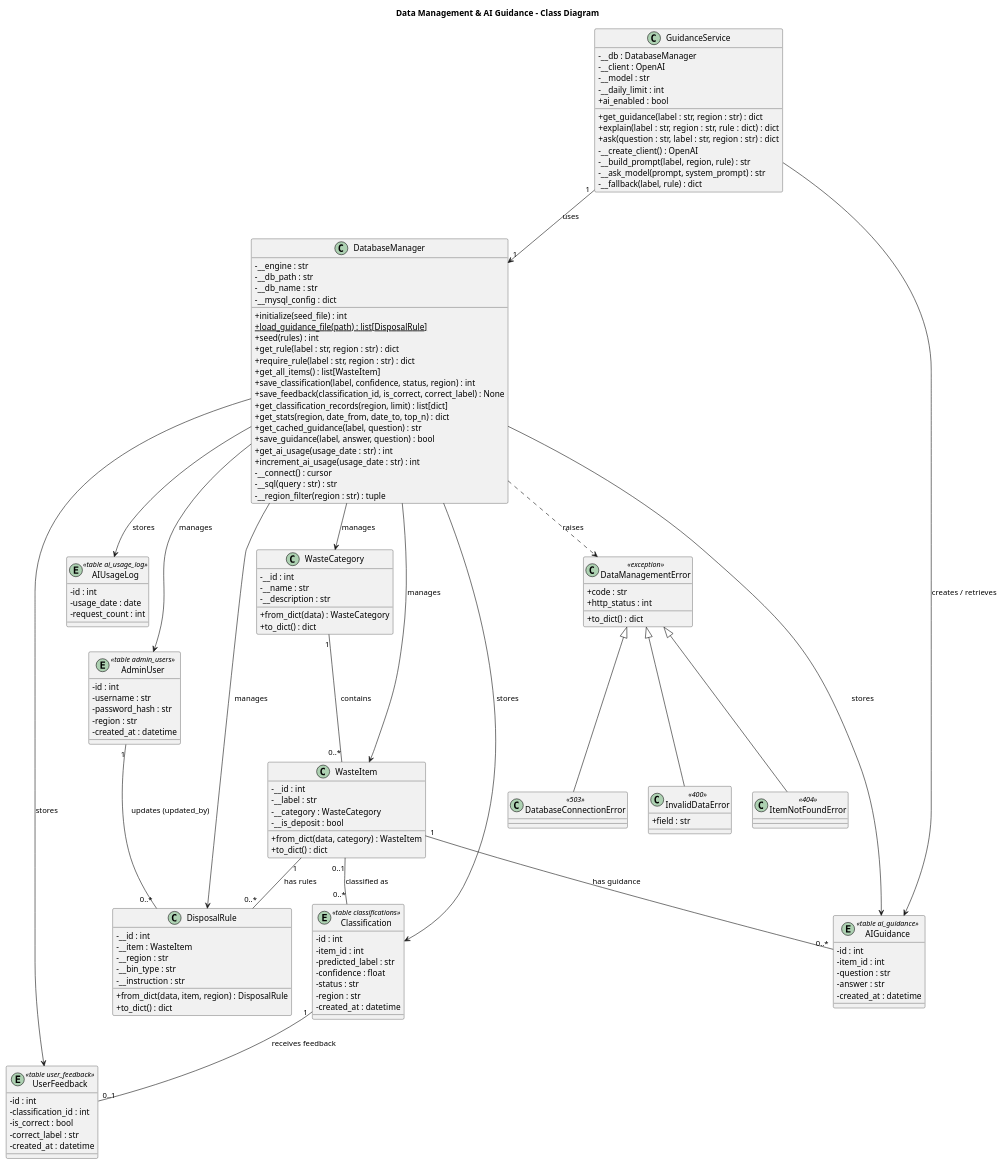
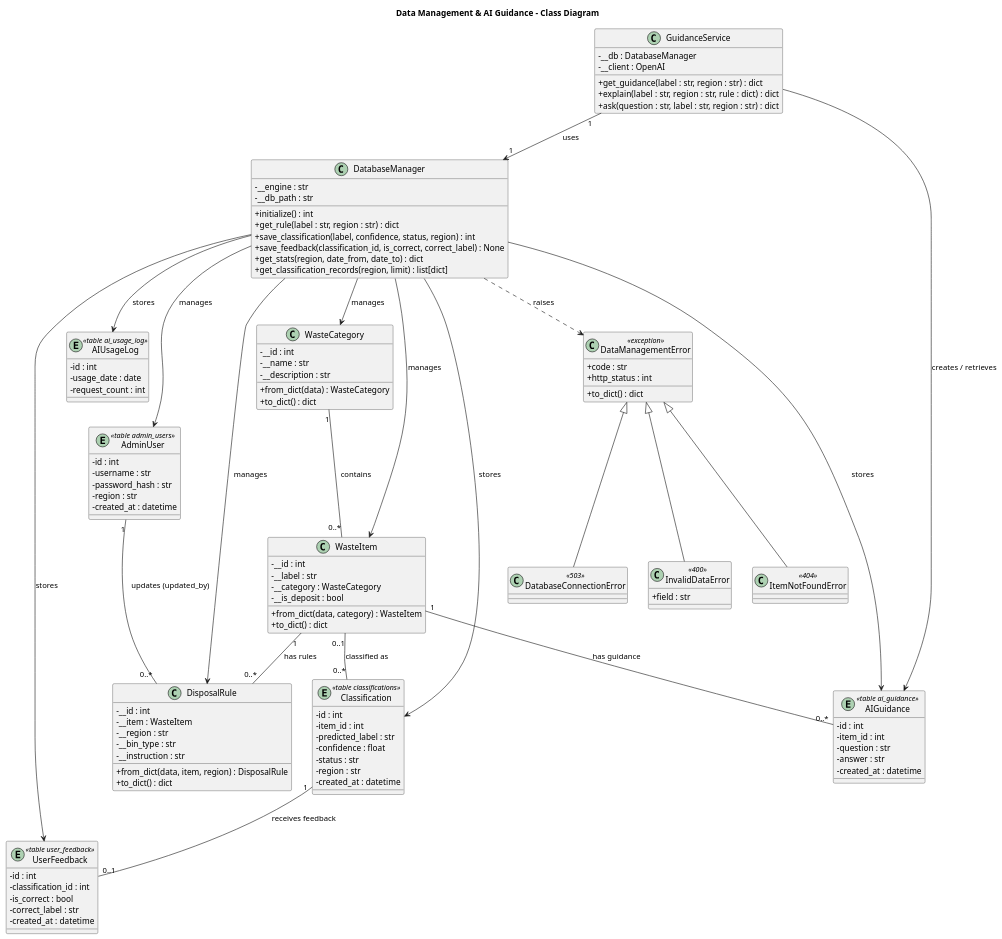
The diagram in docs/class_diagram_data.puml (ChinniSaiteja/AI-Powered_Waste_Sorting_and_Recycling_Assistant_Team_26), drawn with PlantUML before and after one commit. The commit also changed 1 other file, not shown here.

Commit message:
Simplify class diagram to the methods other subsystems actually call

```diff
--- a/docs/class_diagram_data.puml
+++ b/docs/class_diagram_data.puml
@@ -1,149 +1,132 @@
 @startuml
 ' Subsystem 4 - Data Management & AI Guidance (Ha Le Thu)
 ' Matches the code in database/ (db.py, guidance.py, models.py, exceptions.py).
 ' (C) = Python class, (E) = database table that has no Python class.
 ' "-" = private (__name in Python), "+" = public
+' Simplified on purpose: only the methods other subsystems actually call.
+' The full method list (seed, require_rule, get_all_items, AI cache,
+' private helpers, ...) is in database/db.py and database/guidance.py.
 title Data Management & AI Guidance - Class Diagram
 
 skinparam classAttributeIconSize 0
 
 class DatabaseManager {
   -__engine : str
   -__db_path : str
-  -__db_name : str
-  -__mysql_config : dict
-  +initialize(seed_file) : int
-  +load_guidance_file(path) : list[DisposalRule] {static}
-  +seed(rules) : int
+  +initialize() : int
   +get_rule(label : str, region : str) : dict
-  +require_rule(label : str, region : str) : dict
-  +get_all_items() : list[WasteItem]
   +save_classification(label, confidence, status, region) : int
   +save_feedback(classification_id, is_correct, correct_label) : None
+  +get_stats(region, date_from, date_to) : dict
   +get_classification_records(region, limit) : list[dict]
-  +get_stats(region, date_from, date_to, top_n) : dict
-  +get_cached_guidance(label, question) : str
-  +save_guidance(label, answer, question) : bool
-  +get_ai_usage(usage_date : str) : int
-  +increment_ai_usage(usage_date : str) : int
-  -__connect() : cursor
-  -__sql(query : str) : str
-  -__region_filter(region : str) : tuple
 }
 
 class GuidanceService {
   -__db : DatabaseManager
   -__client : OpenAI
-  -__model : str
-  -__daily_limit : int
-  +ai_enabled : bool
   +get_guidance(label : str, region : str) : dict
   +explain(label : str, region : str, rule : dict) : dict
   +ask(question : str, label : str, region : str) : dict
-  -__create_client() : OpenAI
-  -__build_prompt(label, region, rule) : str
-  -__ask_model(prompt, system_prompt) : str
-  -__fallback(label, rule) : dict
 }
 
 class WasteCategory {
   -__id : int
   -__name : str
   -__description : str
   +from_dict(data) : WasteCategory
   +to_dict() : dict
 }
 
 class WasteItem {
   -__id : int
   -__label : str
   -__category : WasteCategory
   -__is_deposit : bool
   +from_dict(data, category) : WasteItem
   +to_dict() : dict
 }
 
 class DisposalRule {
   -__id : int
   -__item : WasteItem
   -__region : str
   -__bin_type : str
   -__instruction : str
   +from_dict(data, item, region) : DisposalRule
   +to_dict() : dict
 }
 
 entity "AIUsageLog" as AIUsageLog <<table ai_usage_log>> {
   -id : int
   -usage_date : date
   -request_count : int
 }
 
 entity "AdminUser" as AdminUser <<table admin_users>> {
   -id : int
   -username : str
   -password_hash : str
   -region : str
   -created_at : datetime
 }
 
 entity "Classification" as Classification <<table classifications>> {
   -id : int
   -item_id : int
   -predicted_label : str
   -confidence : float
   -status : str
   -region : str
   -created_at : datetime
 }
 
 entity "UserFeedback" as UserFeedback <<table user_feedback>> {
   -id : int
   -classification_id : int
   -is_correct : bool
   -correct_label : str
   -created_at : datetime
 }
 
 entity "AIGuidance" as AIGuidance <<table ai_guidance>> {
   -id : int
   -item_id : int
   -question : str
   -answer : str
   -created_at : datetime
 }
 
 class DataManagementError <<exception>> {
   +code : str
   +http_status : int
   +to_dict() : dict
 }
 class InvalidDataError <<400>> {
   +field : str
 }
 class ItemNotFoundError <<404>>
 class DatabaseConnectionError <<503>>
 
 DatabaseManager --> AIUsageLog : stores
 DatabaseManager --> AdminUser : manages
 DatabaseManager --> DisposalRule : manages
 DatabaseManager --> WasteCategory : manages
 DatabaseManager --> WasteItem : manages
 DatabaseManager --> Classification : stores
 DatabaseManager --> UserFeedback : stores
 DatabaseManager --> AIGuidance : stores
 GuidanceService "1" --> "1" DatabaseManager : uses
 GuidanceService --> AIGuidance : creates / retrieves
 
 WasteCategory "1" -- "0..*" WasteItem : contains
 WasteItem "1" -- "0..*" DisposalRule : has rules
 AdminUser "1" -- "0..*" DisposalRule : updates (updated_by)
 WasteItem "0..1" -- "0..*" Classification : classified as
 Classification "1" -- "0..1" UserFeedback : receives feedback
 WasteItem "1" -- "0..*" AIGuidance : has guidance
 
 DatabaseManager ..> DataManagementError : raises
 DataManagementError <|-- InvalidDataError
 DataManagementError <|-- ItemNotFoundError
 DataManagementError <|-- DatabaseConnectionError
 @enduml
```
